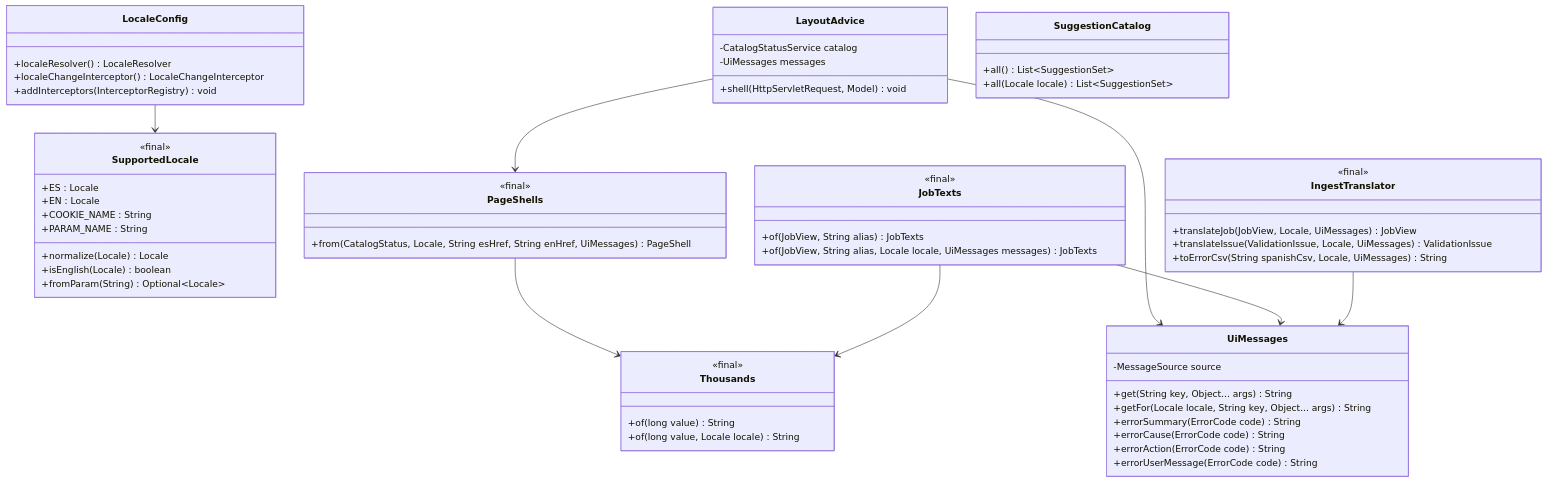
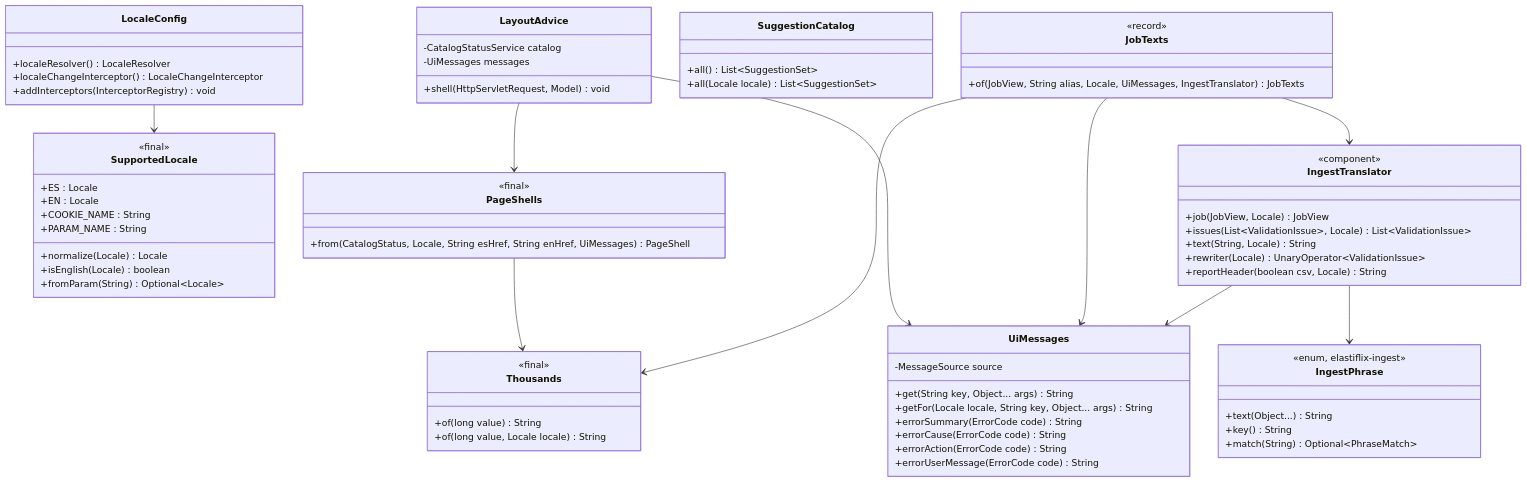
The first of 2 diagrams in docs/diseno/8.md (bigfito/elastiflix-reloaded), drawn with Mermaid before and after one commit. The commit also changed other lines of this file and 34 other files, not shown here.

````diff
--- a/docs/diseno/8.md
+++ b/docs/diseno/8.md
@@ -35,72 +35,82 @@
 ```mermaid
 classDiagram
     class LocaleConfig {
         +localeResolver() LocaleResolver
         +localeChangeInterceptor() LocaleChangeInterceptor
         +addInterceptors(InterceptorRegistry) void
     }
 
     class SupportedLocale {
         <<final>>
         +ES : Locale
         +EN : Locale
         +COOKIE_NAME : String
         +PARAM_NAME : String
         +normalize(Locale) Locale
         +isEnglish(Locale) boolean
         +fromParam(String) Optional~Locale~
     }
 
     class UiMessages {
         -MessageSource source
         +get(String key, Object... args) String
         +getFor(Locale locale, String key, Object... args) String
         +errorSummary(ErrorCode code) String
         +errorCause(ErrorCode code) String
         +errorAction(ErrorCode code) String
         +errorUserMessage(ErrorCode code) String
     }
 
     class Thousands {
         <<final>>
         +of(long value) String
         +of(long value, Locale locale) String
     }
 
     class LayoutAdvice {
         -CatalogStatusService catalog
         -UiMessages messages
         +shell(HttpServletRequest, Model) void
     }
 
     class PageShells {
         <<final>>
         +from(CatalogStatus, Locale, String esHref, String enHref, UiMessages) PageShell
     }
 
     class SuggestionCatalog {
         +all() List~SuggestionSet~
         +all(Locale locale) List~SuggestionSet~
     }
 
     class JobTexts {
-        <<final>>
-        +of(JobView, String alias) JobTexts
-        +of(JobView, String alias, Locale locale, UiMessages messages) JobTexts
+        <<record>>
+        +of(JobView, String alias, Locale, UiMessages, IngestTranslator) JobTexts
     }
 
     class IngestTranslator {
-        <<final>>
-        +translateJob(JobView, Locale, UiMessages) JobView
-        +translateIssue(ValidationIssue, Locale, UiMessages) ValidationIssue
-        +toErrorCsv(String spanishCsv, Locale, UiMessages) String
+        <<component>>
+        +job(JobView, Locale) JobView
+        +issues(List~ValidationIssue~, Locale) List~ValidationIssue~
+        +text(String, Locale) String
+        +rewriter(Locale) UnaryOperator~ValidationIssue~
+        +reportHeader(boolean csv, Locale) String
+    }
+
+    class IngestPhrase {
+        <<enum, elastiflix-ingest>>
+        +text(Object...) String
+        +key() String
+        +match(String) Optional~PhraseMatch~
     }
 
     LocaleConfig --> SupportedLocale
     LayoutAdvice --> PageShells
     LayoutAdvice --> UiMessages
     PageShells --> Thousands
     JobTexts --> UiMessages
     JobTexts --> Thousands
     IngestTranslator --> UiMessages
+    IngestTranslator --> IngestPhrase
+    JobTexts --> IngestTranslator
 ```
````
